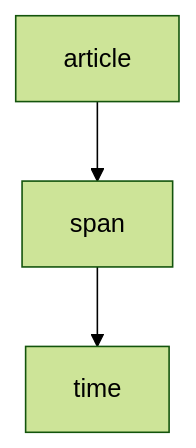
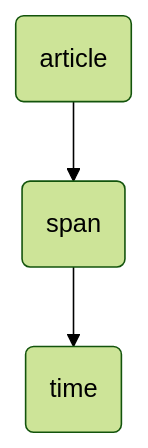
The second of 3 diagrams in text_mining.qmd (PawelKulawiak/textmininginclusion), drawn with Mermaid before and after one commit. The commit also changed other lines of this file and 1 other file, not shown here.

````diff
--- a/text_mining.qmd
+++ b/text_mining.qmd
@@ -363,8 +408,7 @@
 ```{mermaid}
 %%| label: fig-schachtelung_2
 %%| fig-cap: Hierarchische Schachtelung der HTML-Elemente `article`, `span` und `time`
 %%{init: {'theme':'forest'}}%%
 flowchart TB
-  article --> span
-  span --> time
+  id1(article) --> id2(span) --> id3(time)
 ```
````
